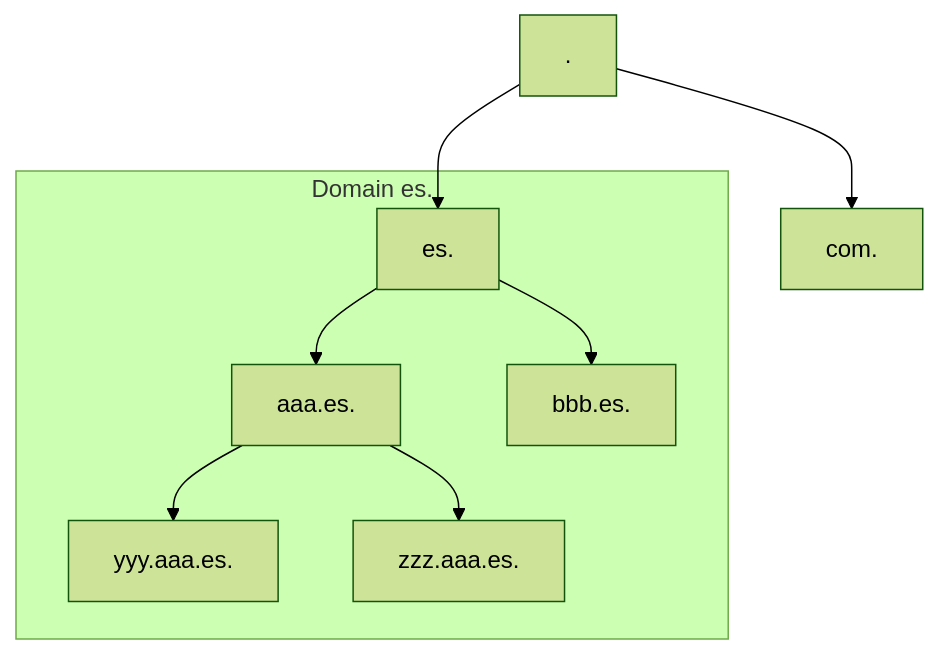
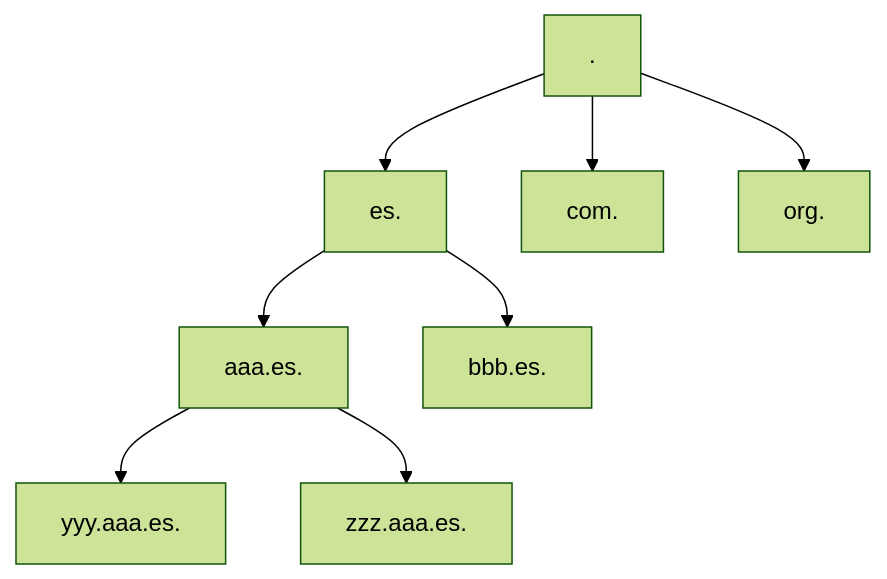
Before and after one commit to uo294319/Notes: the first of 2 diagrams in 4S1/4S1_Servicios/data/T3-1.md, drawn with Mermaid (forest theme). The commit also changed other lines of this file, not shown here.

````diff
--- a/4S1/4S1_Servicios/data/T3-1.md
+++ b/4S1/4S1_Servicios/data/T3-1.md
@@ -18,13 +18,13 @@
 ```mermaid
 flowchart TB
     Root[.] --> ES[es.]
     Root --> COM[com.]
+    Root --> org[org.]
     
-	subgraph "Domain es."
     ES --> A[aaa.es.]
     ES --> B[bbb.es.]
     
     A --> AY[yyy.aaa.es.]
     A --> AZ[zzz.aaa.es.]
-    end
+
 ```
````
